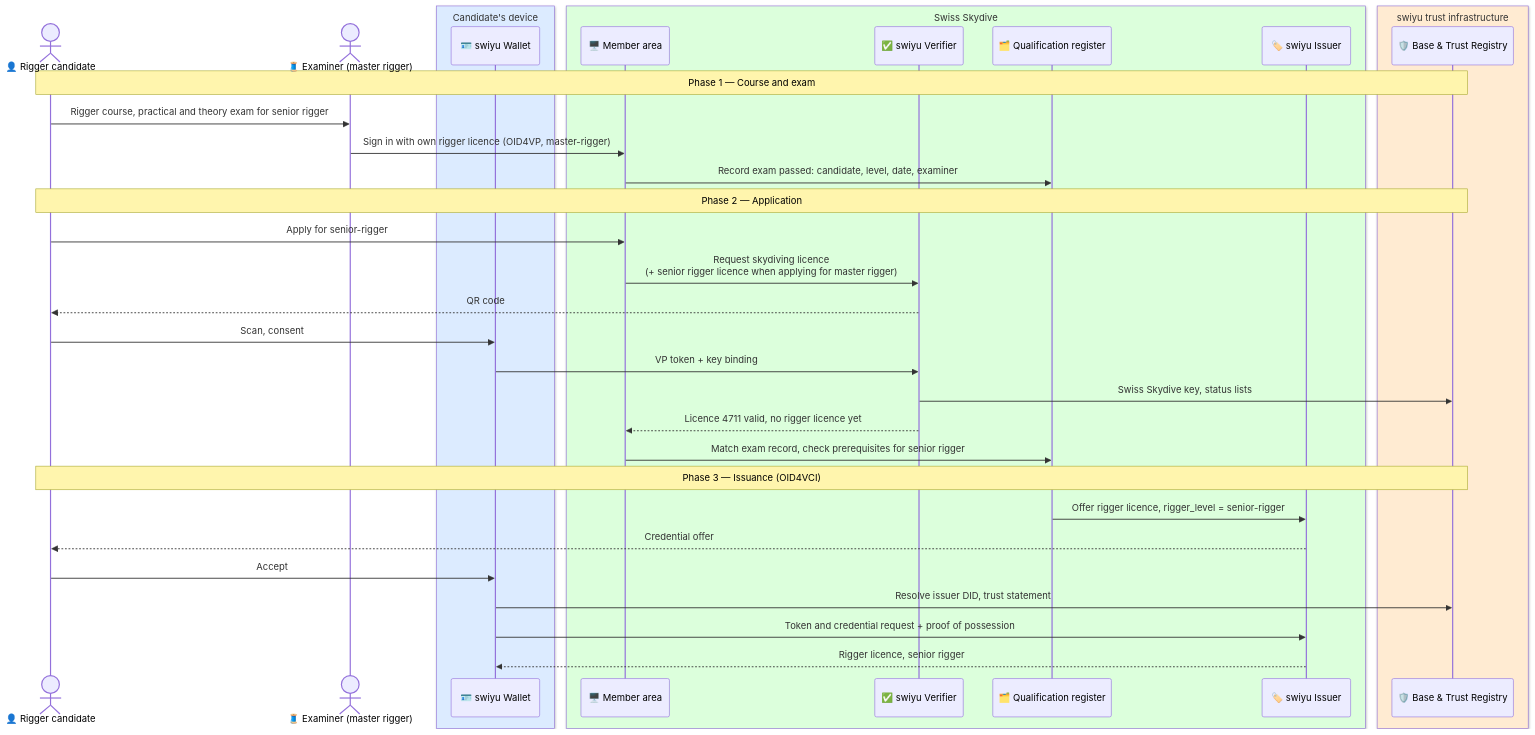
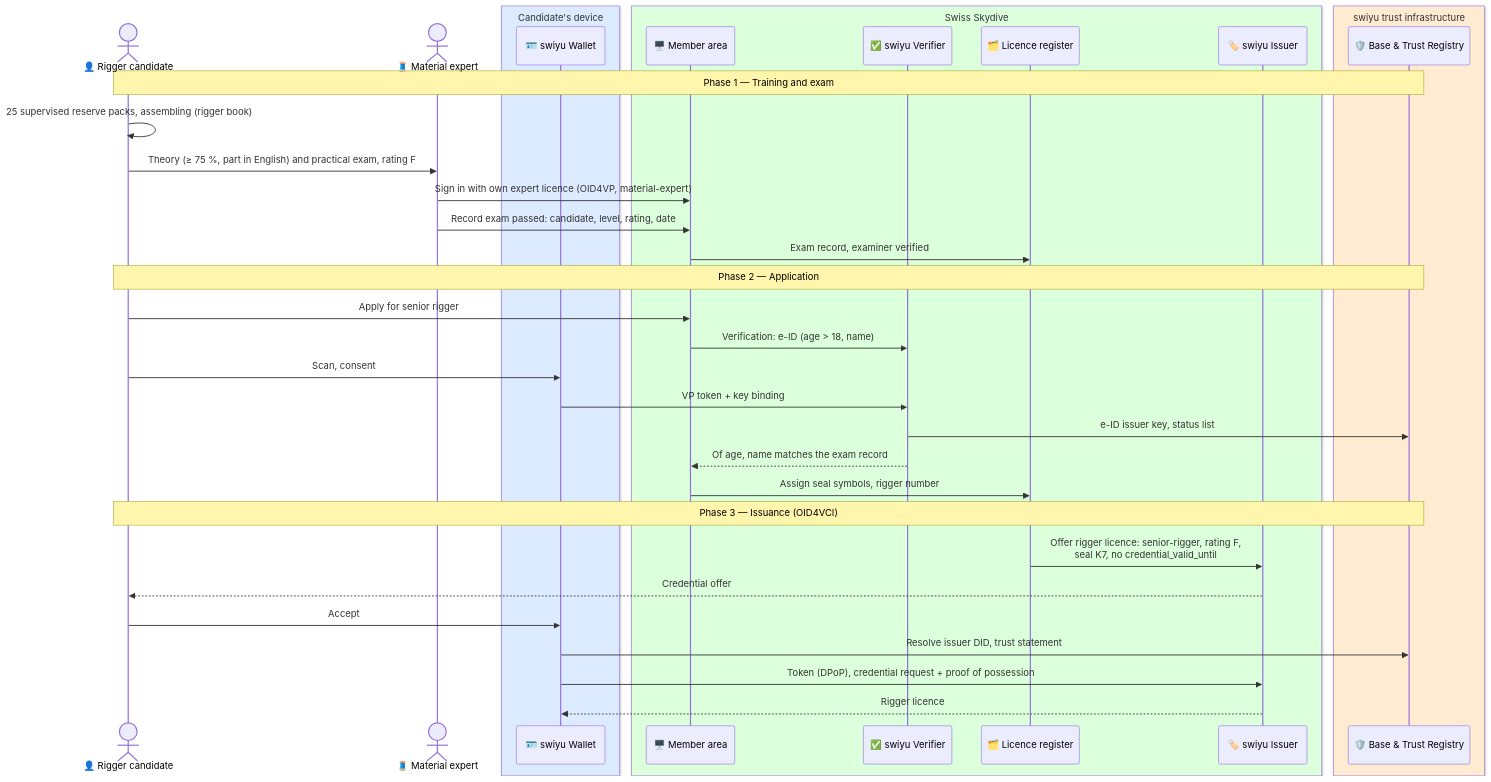
One commit to DIDAS-swiss/Trust-Flow-Diagram-Repository changed the first of 2 diagrams in sport/specialist-qualifications.md. Above: the diagram before and after it, drawn with Mermaid. The commit also changed other lines of this file and 13 other files, not shown here.

````diff
--- a/sport/specialist-qualifications.md
+++ b/sport/specialist-qualifications.md
@@ -76,44 +95,45 @@
 ```mermaid
 %%{init: {"theme": "default", "themeVariables": {"fontFamily": "Inter, Arial"}}}%%
 sequenceDiagram
     actor Candidate as 👤 Rigger candidate
-    actor Examiner as 🧵 Examiner (master rigger)
+    actor ME as 🧵 Material expert
 
     box rgb(220,235,255) Candidate's device
         participant Wallet as 🪪 swiyu Wallet
     end
 
     box rgb(220,255,220) Swiss Skydive
         participant Portal as 🖥️ Member area
         participant Verifier as ✅ swiyu Verifier
-        participant Register as 🗂️ Qualification register
+        participant Register as 🗂️ Licence register
         participant Issuer as 🏷️ swiyu Issuer
     end
 
     box rgb(255,235,210) swiyu trust infrastructure
         participant Trust as 🛡️ Base & Trust Registry
     end
 
-    Note over Candidate,Trust: Phase 1 — Course and exam
-    Candidate->>Examiner: Rigger course, practical and theory exam for senior rigger
-    Examiner->>Portal: Sign in with own rigger licence (OID4VP, master-rigger)
-    Portal->>Register: Record exam passed: candidate, level, date, examiner
+    Note over Candidate,Trust: Phase 1 — Training and exam
+    Candidate->>Candidate: 25 supervised reserve packs, assembling (rigger book)
+    Candidate->>ME: Theory (≥ 75 %, part in English) and practical exam, rating F
+    ME->>Portal: Sign in with own expert licence (OID4VP, material-expert)
+    ME->>Portal: Record exam passed: candidate, level, rating, date
+    Portal->>Register: Exam record, examiner verified
 
     Note over Candidate,Trust: Phase 2 — Application
-    Candidate->>Portal: Apply for senior-rigger
-    Portal->>Verifier: Request skydiving licence<br/>(+ senior rigger licence when applying for master rigger)
-    Verifier-->>Candidate: QR code
+    Candidate->>Portal: Apply for senior rigger
+    Portal->>Verifier: Verification: e-ID (age > 18, name)
     Candidate->>Wallet: Scan, consent
     Wallet->>Verifier: VP token + key binding
-    Verifier->>Trust: Swiss Skydive key, status lists
-    Verifier-->>Portal: Licence 4711 valid, no rigger licence yet
-    Portal->>Register: Match exam record, check prerequisites for senior rigger
+    Verifier->>Trust: e-ID issuer key, status list
+    Verifier-->>Portal: Of age, name matches the exam record
+    Portal->>Register: Assign seal symbols, rigger number
 
     Note over Candidate,Trust: Phase 3 — Issuance (OID4VCI)
-    Register->>Issuer: Offer rigger licence, rigger_level = senior-rigger
+    Register->>Issuer: Offer rigger licence: senior-rigger, rating F,<br/>seal K7, no credential_valid_until
     Issuer-->>Candidate: Credential offer
     Candidate->>Wallet: Accept
     Wallet->>Trust: Resolve issuer DID, trust statement
-    Wallet->>Issuer: Token and credential request + proof of possession
-    Issuer-->>Wallet: Rigger licence, senior rigger
+    Wallet->>Issuer: Token (DPoP), credential request + proof of possession
+    Issuer-->>Wallet: Rigger licence
 ```
````
